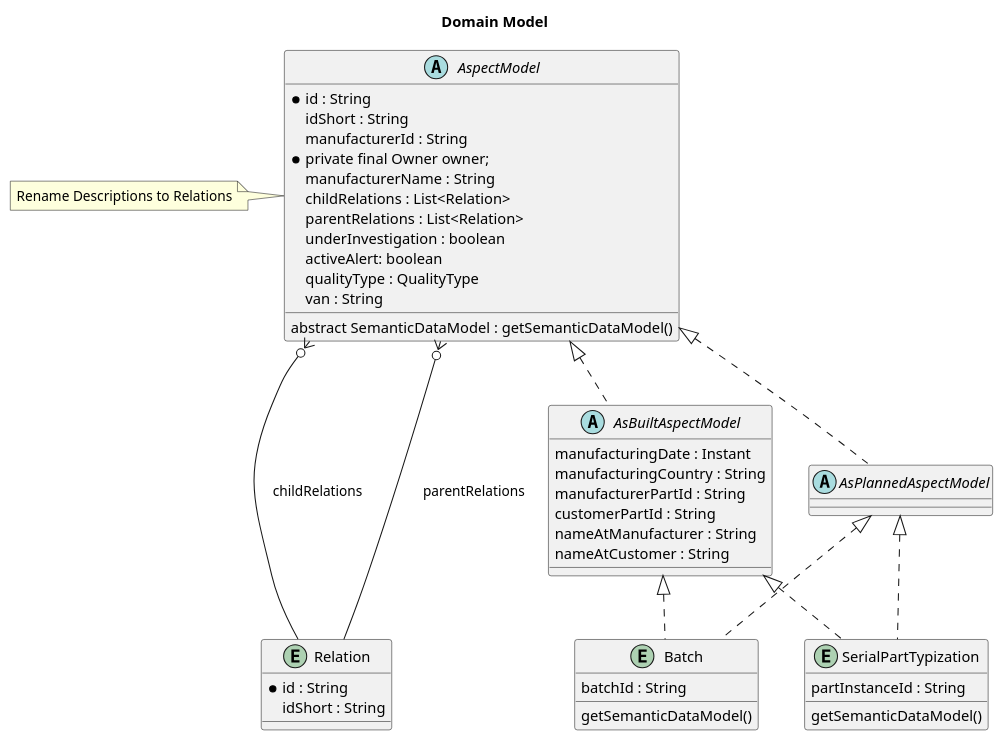
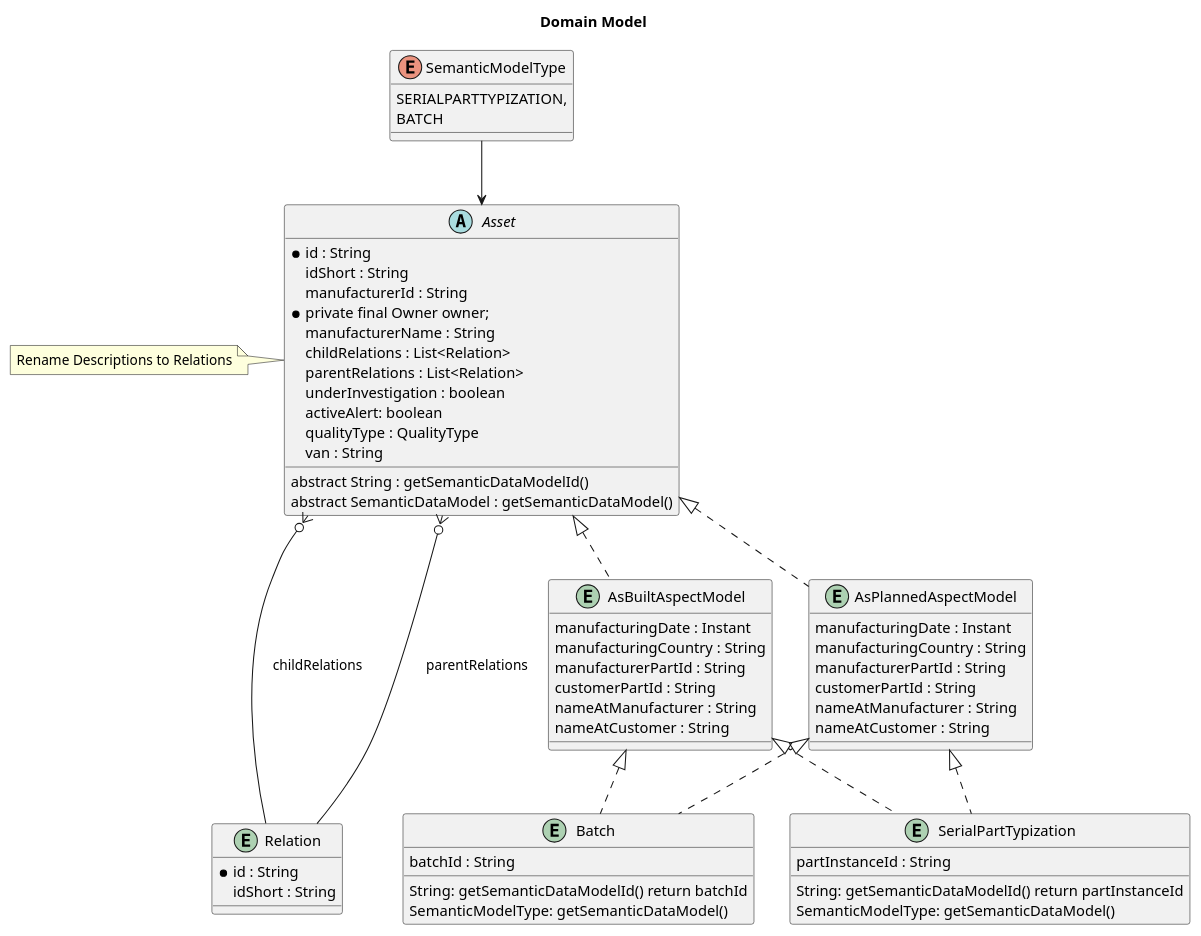
The diagram in docs/src/uml-diagrams/concept/TRACEFOSS-1423/domain-model.puml (eclipse-tractusx/traceability-foss), drawn with PlantUML before and after one commit.

Commit message:
chore(uml):[TRACEFOSS-1423] rename AspectModel to Asset

```diff
--- a/docs/src/uml-diagrams/concept/TRACEFOSS-1423/domain-model.puml
+++ b/docs/src/uml-diagrams/concept/TRACEFOSS-1423/domain-model.puml
@@ -1,64 +1,78 @@
 @startuml
 
 title: Domain Model
 
 
-abstract AspectModel {
+abstract Asset {
         *   id : String
         idShort : String
         manufacturerId : String
         * private final Owner owner;
         manufacturerName : String
         childRelations : List<Relation>
         parentRelations : List<Relation>
         underInvestigation : boolean
-        activeAlert: boolean 
+        activeAlert: boolean
         qualityType : QualityType
         van : String
+        abstract String : getSemanticDataModelId()
         abstract SemanticDataModel : getSemanticDataModel()
 }
 note left
     Rename Descriptions to Relations
 end note
 
 
 entity Relation {
        *   id : String
        idShort : String
 }
 
+enum SemanticModelType {
+    SERIALPARTTYPIZATION,
+    BATCH
+}
 
-abstract AsBuiltAspectModel {
+
+entity AsBuiltAspectModel {
         manufacturingDate : Instant
         manufacturingCountry : String
         manufacturerPartId : String
         customerPartId : String
         nameAtManufacturer : String
         nameAtCustomer : String
 }
 
 entity SerialPartTypization {
      partInstanceId : String
-     getSemanticDataModel()
+     String: getSemanticDataModelId() return partInstanceId
+     SemanticModelType: getSemanticDataModel()
 }
 
 entity Batch {
      batchId : String
-     getSemanticDataModel()
+     String: getSemanticDataModelId() return batchId
+     SemanticModelType: getSemanticDataModel()
 }
 
-abstract AsPlannedAspectModel {
-
+entity AsPlannedAspectModel {
+        manufacturingDate : Instant
+        manufacturingCountry : String
+        manufacturerPartId : String
+        customerPartId : String
+        nameAtManufacturer : String
+        nameAtCustomer : String
 }
 
 
-AspectModel <|.. AsBuiltAspectModel
-AspectModel <|.. AsPlannedAspectModel
+SemanticModelType --> Asset
+Asset <|.. AsBuiltAspectModel
+Asset <|.. AsPlannedAspectModel
 AsBuiltAspectModel <|.. Batch
 AsBuiltAspectModel <|.. SerialPartTypization
 AsPlannedAspectModel <|.. Batch
 AsPlannedAspectModel <|.. SerialPartTypization
-AspectModel }o--- Relation : childRelations
-AspectModel }o---  Relation : parentRelations
+Asset }o--- Relation : childRelations
+Asset }o---  Relation : parentRelations
 
 @enduml
```
